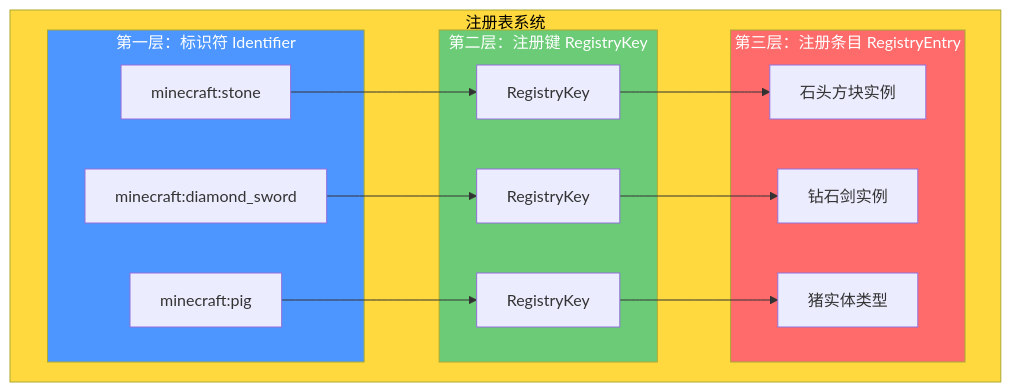
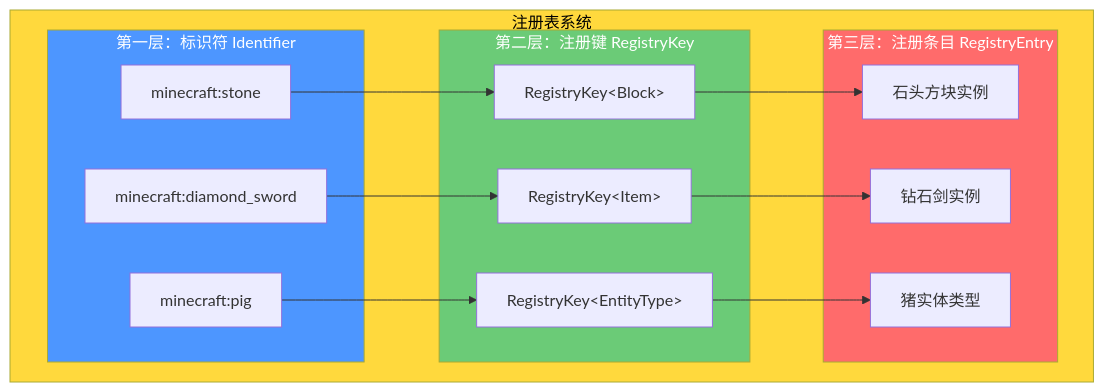
The first of 6 diagrams in content/mc/1.21/core/-/tutorials/SUMMARY.md (BaiGave/Minecraft-Learning), drawn with Mermaid before and after one commit. The commit also changed 17 other files, not shown here.

````diff
--- a/content/mc/1.21/core/-/tutorials/SUMMARY.md
+++ b/content/mc/1.21/core/-/tutorials/SUMMARY.md
@@ -124,35 +124,35 @@
 ```mermaid
 flowchart TB
     subgraph Registry["注册表系统"]
         subgraph Layer1["第一层：标识符 Identifier"]
             I1["minecraft:stone"]
             I2["minecraft:diamond_sword"]
             I3["minecraft:pig"]
         end
 
         subgraph Layer2["第二层：注册键 RegistryKey"]
-            K1["RegistryKey<Block>"]
-            K2["RegistryKey<Item>"]
-            K3["RegistryKey<EntityType>"]
+            K1["RegistryKey#lt;Block#gt;"]
+            K2["RegistryKey#lt;Item#gt;"]
+            K3["RegistryKey#lt;EntityType#gt;"]
         end
 
         subgraph Layer3["第三层：注册条目 RegistryEntry"]
             E1["石头方块实例"]
             E2["钻石剑实例"]
             E3["猪实体类型"]
         end
     end
 
     I1 --> K1
     I2 --> K2
     I3 --> K3
 
     K1 --> E1
     K2 --> E2
     K3 --> E3
 
     style Registry fill:#ffd93d,color:#000
     style Layer1 fill:#4d96ff,color:#fff
     style Layer2 fill:#6bcb77,color:#fff
     style Layer3 fill:#ff6b6b,color:#fff
 ```
````
